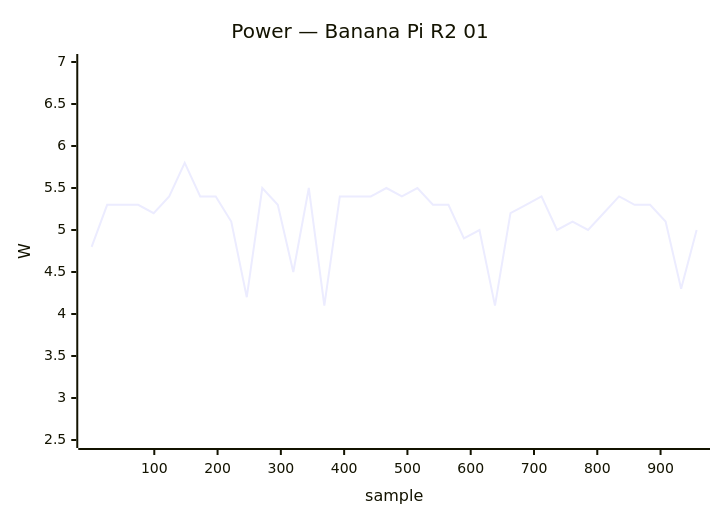
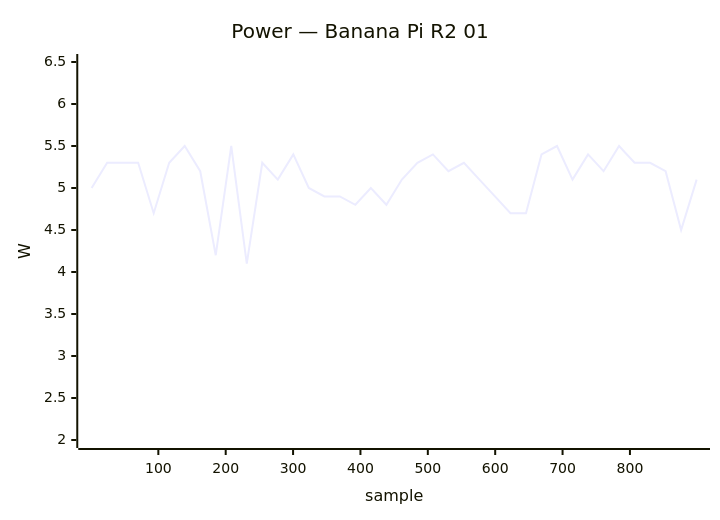
One commit to armbian/documentation changed diagram 13 of 50 in docs/status/board-tests.md. Above: the diagram before and after it, drawn with Mermaid. The commit also changed other lines of this file, not shown here.

````diff
--- a/docs/status/board-tests.md
+++ b/docs/status/board-tests.md
@@ -468,7 +659,7 @@
 ```mermaid
 xychart-beta
     title "Power — Banana Pi R2 01"
-    x-axis "sample" 1 --> 957
-    y-axis "W" 2.5 --> 7.0
-    line [4.8, 5.3, 5.3, 5.3, 5.2, 5.4, 5.8, 5.4, 5.4, 5.1, 4.2, 5.5, 5.3, 4.5, 5.5, 4.1, 5.4, 5.4, 5.4, 5.5, 5.4, 5.5, 5.3, 5.3, 4.9, 5.0, 4.1, 5.2, 5.3, 5.4, 5.0, 5.1, 5.0, 5.2, 5.4, 5.3, 5.3, 5.1, 4.3, 5.0]
+    x-axis "sample" 1 --> 899
+    y-axis "W" 2.0 --> 6.5
+    line [5.0, 5.3, 5.3, 5.3, 4.7, 5.3, 5.5, 5.2, 4.2, 5.5, 4.1, 5.3, 5.1, 5.4, 5.0, 4.9, 4.9, 4.8, 5.0, 4.8, 5.1, 5.3, 5.4, 5.2, 5.3, 5.1, 4.9, 4.7, 4.7, 5.4, 5.5, 5.1, 5.4, 5.2, 5.5, 5.3, 5.3, 5.2, 4.5, 5.1]
 ```
````
